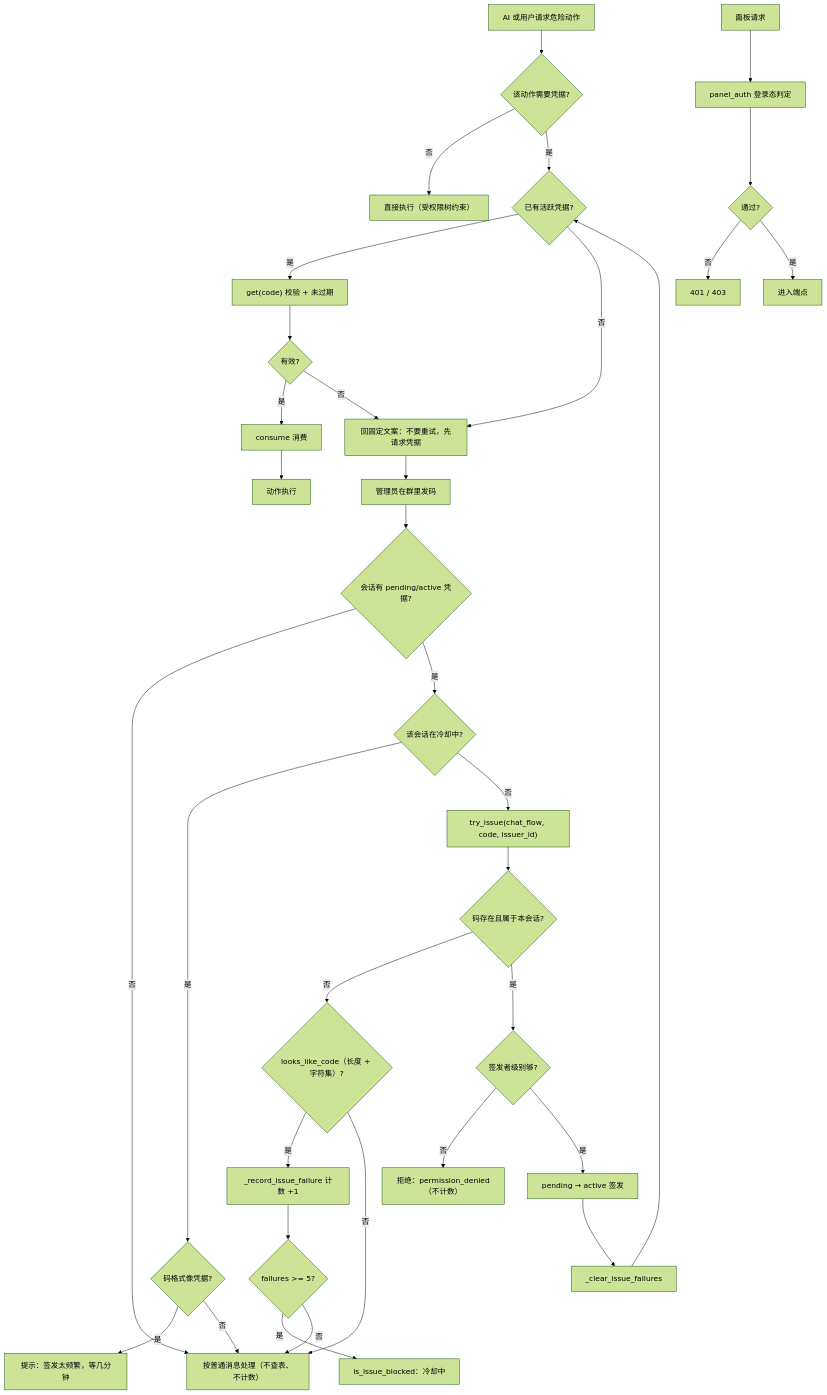
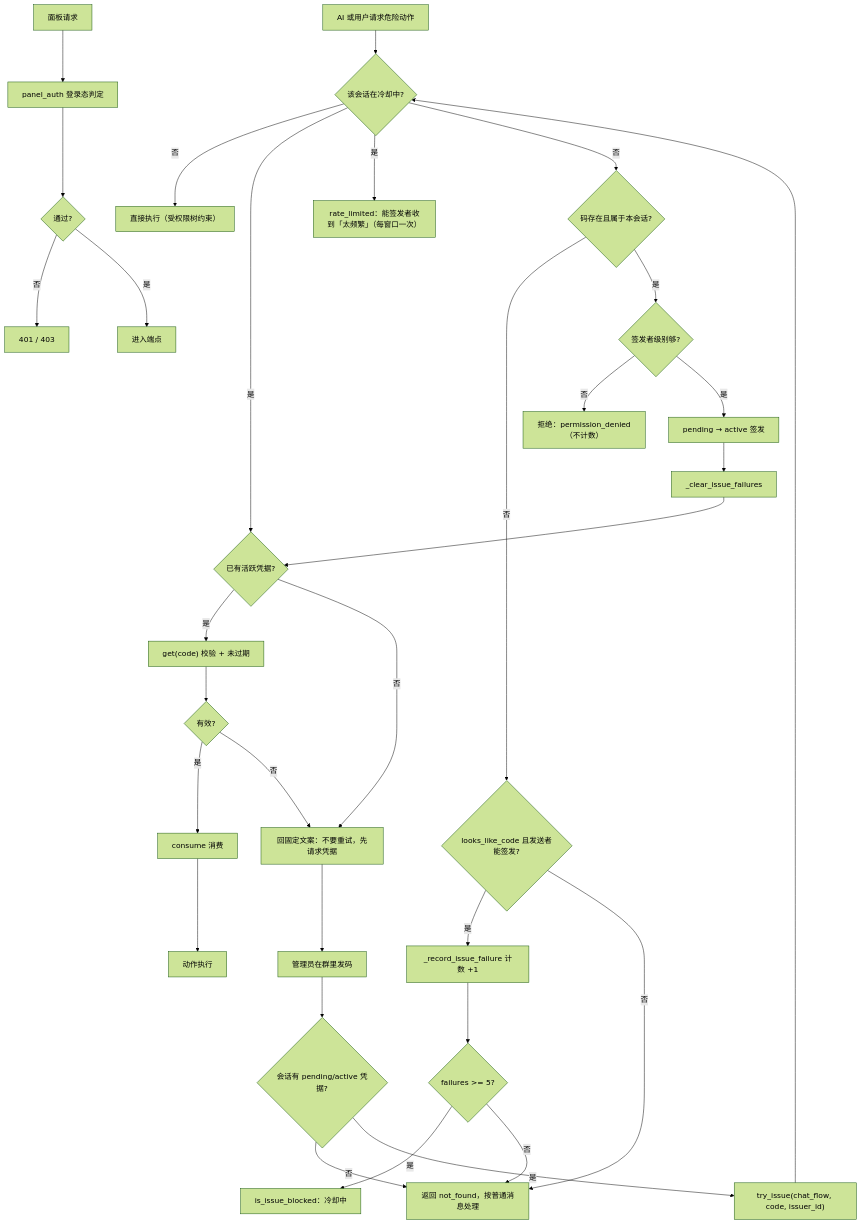
The first of 8 diagrams in docs/flow/19-credentials-security.md (SuperQuail/NeoBot), drawn with Mermaid (forest theme) before and after one commit. The commit also changed other lines of this file and 5 other files, not shown here.

````diff
--- a/docs/flow/19-credentials-security.md
+++ b/docs/flow/19-credentials-security.md
@@ -27,36 +27,34 @@
 ```mermaid
 flowchart TD
     A["AI 或用户请求危险动作"] --> B{"该动作需要凭据?"}
     B -- 否 --> C["直接执行（受权限树约束）"]
     B -- 是 --> D{"已有活跃凭据?"}
     D -- 是 --> E["get(code) 校验 + 未过期"]
     E --> F{"有效?"}
     F -- 是 --> G["consume 消费"]
     G --> H["动作执行"]
     F -- 否 --> I["回固定文案：不要重试，先请求凭据"]
     D -- 否 --> I
     I --> J["管理员在群里发码"]
     J --> J1{"会话有 pending/active 凭据?"}
-    J1 -- 否 --> X["按普通消息处理（不查表、不计数）"]
-    J1 -- 是 --> J2{"该会话在冷却中?"}
-    J2 -- 是 --> Y{"码格式像凭据?"}
-    Y -- 是 --> Z["提示：签发太频繁，等几分钟"]
-    Y -- 否 --> X
-    J2 -- 否 --> K["try_issue(chat_flow, code, issuer_id)"]
-    K --> K1{"码存在且属于本会话?"}
-    K1 -- 否 --> K2{"looks_like_code（长度 + 字符集）?"}
+    J1 -- 否 --> X["返回 not_found，按普通消息处理"]
+    J1 -- 是 --> K["try_issue(chat_flow, code, issuer_id)"]
+    K --> B{"该会话在冷却中?"}
+    B -- 是 --> Z["rate_limited：能签发者收到「太频繁」（每窗口一次）"]
+    B -- 否 --> K1{"码存在且属于本会话?"}
+    K1 -- 否 --> K2{"looks_like_code 且发送者能签发?"}
     K2 -- 是 --> K3["_record_issue_failure 计数 +1"]
     K2 -- 否 --> X
     K3 --> K4{"failures >= 5?"}
     K4 -- 是 --> O["is_issue_blocked：冷却中"]
     K4 -- 否 --> X
     K1 -- 是 --> L{"签发者级别够?"}
     L -- 否 --> M["拒绝：permission_denied（不计数）"]
     L -- 是 --> P["pending → active 签发"]
     P --> Q["_clear_issue_failures"]
     Q --> D
     R["面板请求"] --> S["panel_auth 登录态判定"]
     S --> T{"通过?"}
     T -- 否 --> U["401 / 403"]
     T -- 是 --> V["进入端点"]
 ```
````
